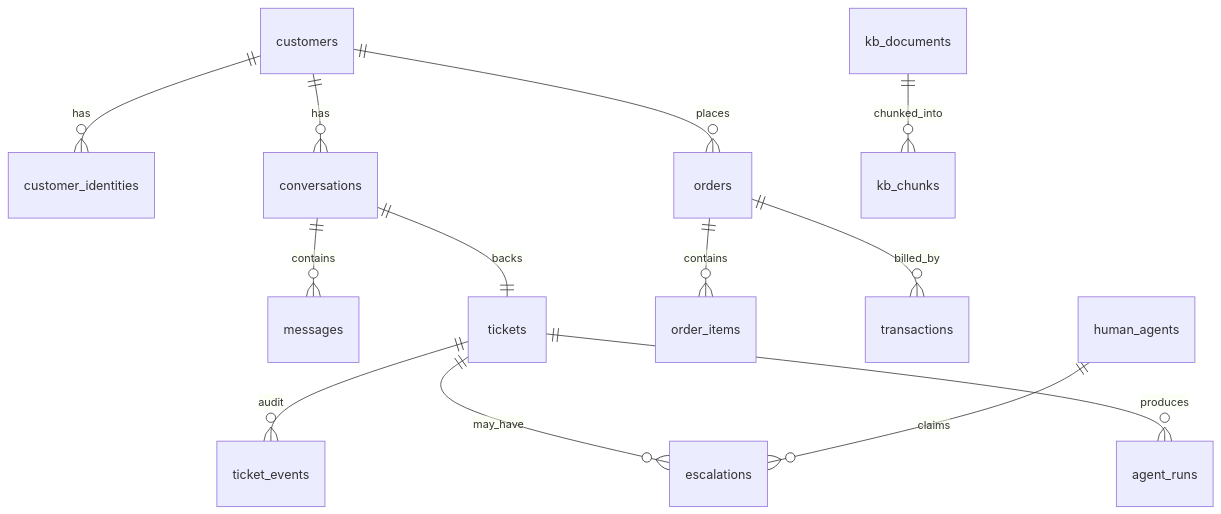
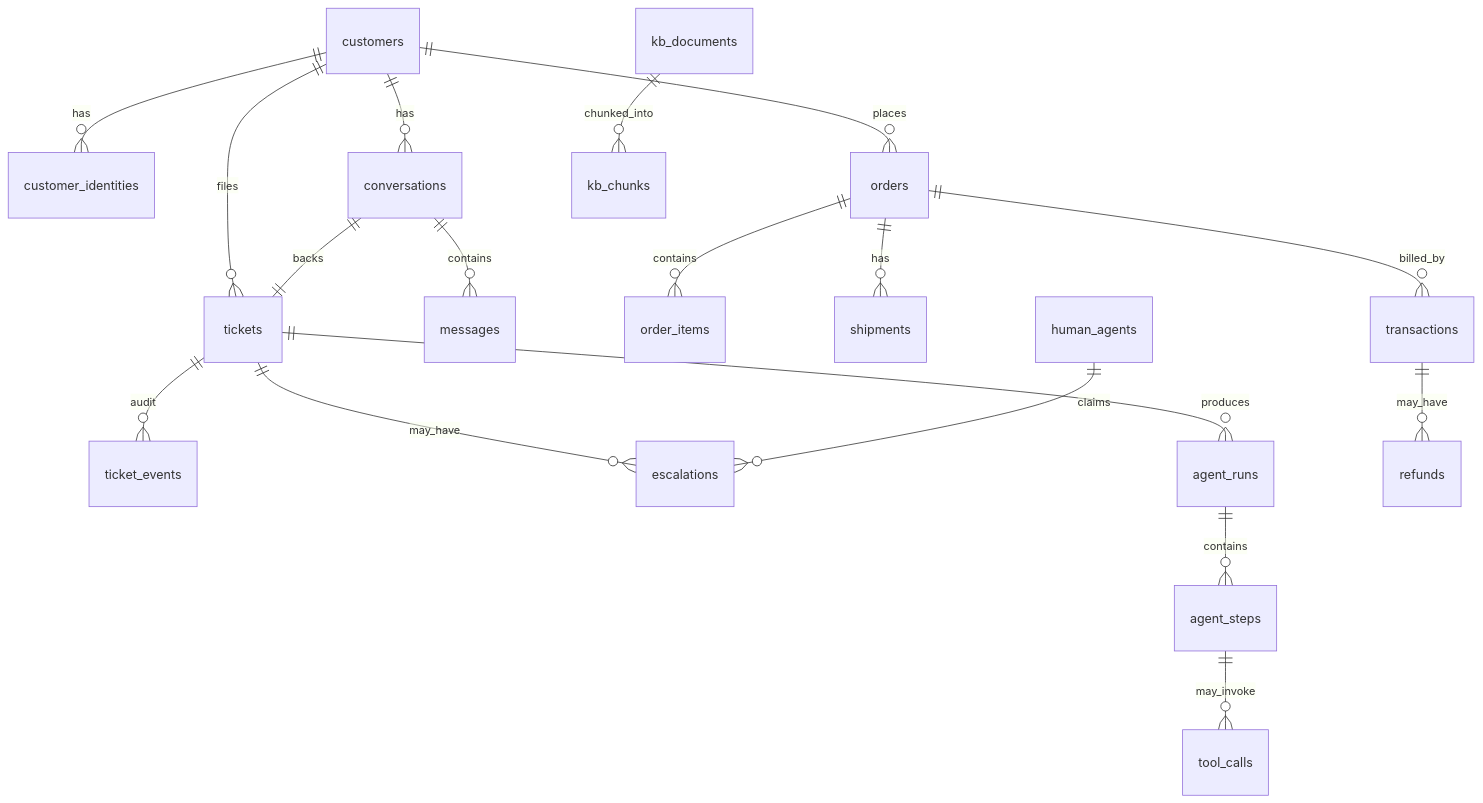
Before and after one commit to Sarcastic-Soul/agentic-customer-support-ticket-system: the diagram in docs/03-data-model.md, drawn with Mermaid. The commit also changed other lines of this file and 11 other files, not shown here.

````diff
--- a/docs/03-data-model.md
+++ b/docs/03-data-model.md
@@ -21,15 +7,20 @@
 ```mermaid
 erDiagram
     customers ||--o{ customer_identities : has
     customers ||--o{ conversations : has
     customers ||--o{ orders : places
+    customers ||--o{ tickets : files
     conversations ||--o{ messages : contains
     conversations ||--|| tickets : backs
     tickets ||--o{ ticket_events : audit
     tickets ||--o{ escalations : may_have
     tickets ||--o{ agent_runs : produces
+    agent_runs ||--o{ agent_steps : contains
+    agent_steps ||--o{ tool_calls : may_invoke
     orders ||--o{ order_items : contains
+    orders ||--o{ shipments : has
     orders ||--o{ transactions : billed_by
+    transactions ||--o{ refunds : may_have
     kb_documents ||--o{ kb_chunks : chunked_into
     human_agents ||--o{ escalations : claims
 ```
````
